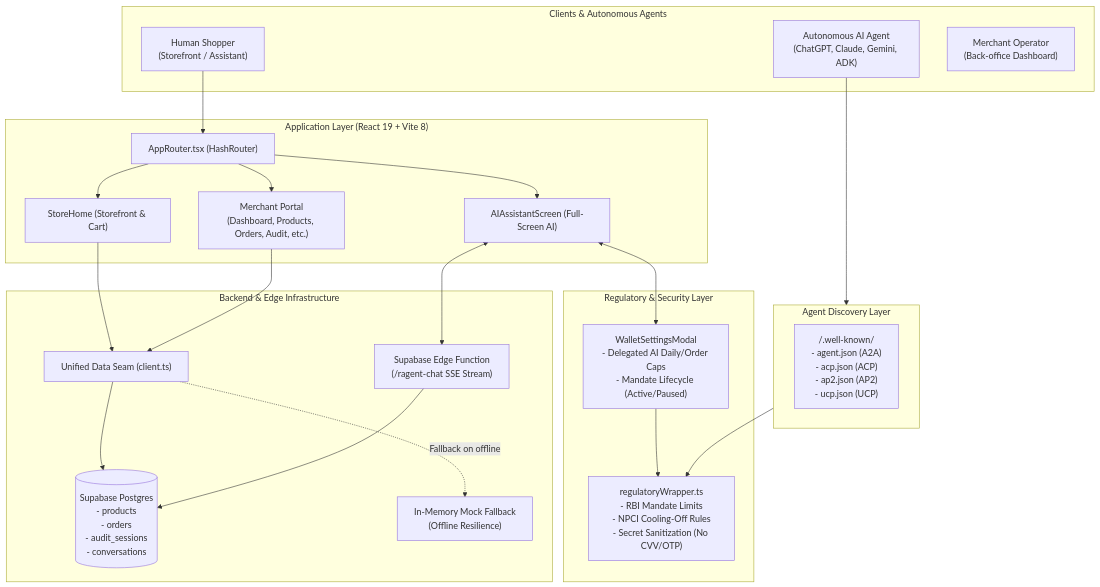
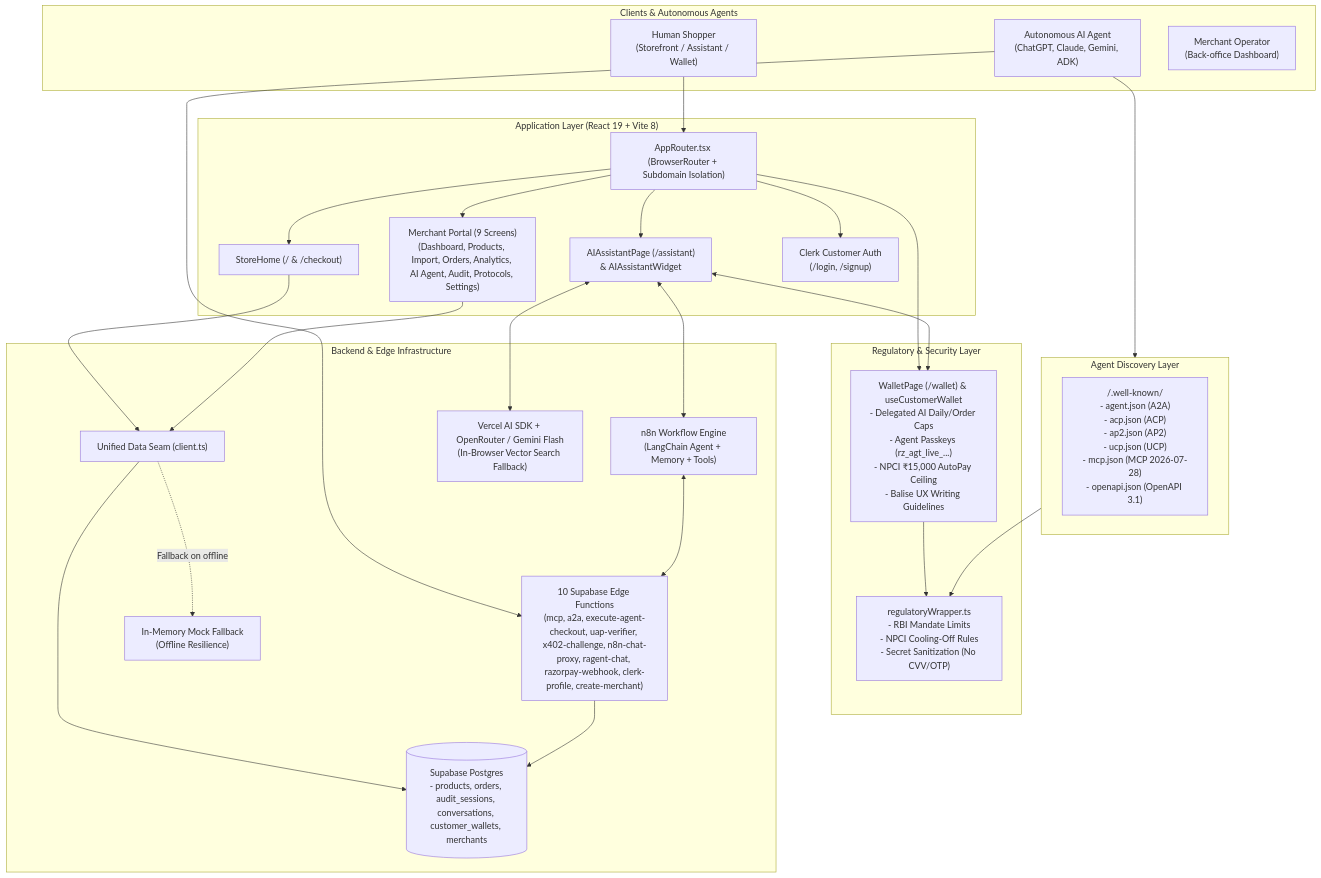
Before and after one commit to Hemalpawra/Razent: the first of 5 diagrams in README.md, drawn with Mermaid. The commit also changed other lines of this file and 2 other files, not shown here.

Commit message:
docs: update README, MCP cheat sheet, and integrations guide with modern architecture and 7 tools

````diff
--- a/README.md
+++ b/README.md
@@ -54,46 +56,54 @@
 ```mermaid
 flowchart TD
     subgraph Clients["Clients & Autonomous Agents"]
-        HumanCustomer["Human Shopper\n(Storefront / Assistant)"]
+        HumanCustomer["Human Shopper\n(Storefront / Assistant / Wallet)"]
         ExternalAgent["Autonomous AI Agent\n(ChatGPT, Claude, Gemini, ADK)"]
         MerchantUser["Merchant Operator\n(Back-office Dashboard)"]
     end
 
     subgraph Discovery["Agent Discovery Layer"]
-        WellKnown["/.well-known/\n- agent.json (A2A)\n- acp.json (ACP)\n- ap2.json (AP2)\n- ucp.json (UCP)"]
+        WellKnown["/.well-known/\n- agent.json (A2A)\n- acp.json (ACP)\n- ap2.json (AP2)\n- ucp.json (UCP)\n- mcp.json (MCP 2026-07-28)\n- openapi.json (OpenAPI 3.1)"]
     end
 
     subgraph Security["Regulatory & Security Layer"]
         RegWrapper["regulatoryWrapper.ts\n- RBI Mandate Limits\n- NPCI Cooling-Off Rules\n- Secret Sanitization (No CVV/OTP)"]
-        Wallet["WalletSettingsModal\n- Delegated AI Daily/Order Caps\n- Mandate Lifecycle (Active/Paused)"]
+        Wallet["WalletPage (/wallet) & useCustomerWallet\n- Delegated AI Daily/Order Caps\n- Agent Passkeys (rz_agt_live_...)\n- NPCI ₹15,000 AutoPay Ceiling\n- Balise UX Writing Guidelines"]
     end
 
     subgraph AppLayer["Application Layer (React 19 + Vite 8)"]
-        Router["AppRouter.tsx (HashRouter)"]
-        StoreHome["StoreHome (Storefront & Cart)"]
-        AIAssistant["AIAssistantScreen (Full-Screen AI)"]
-        MerchantPortal["Merchant Portal\n(Dashboard, Products, Orders, Audit, etc.)"]
+        Router["AppRouter.tsx (BrowserRouter + Subdomain Isolation)"]
+        StoreHome["StoreHome (/ & /checkout)"]
+        AIAssistant["AIAssistantPage (/assistant)\n& AIAssistantWidget"]
+        MerchantPortal["Merchant Portal (9 Screens)\n(Dashboard, Products, Import, Orders, Analytics, AI Agent, Audit, Protocols, Settings)"]
+        ClerkAuth["Clerk Customer Auth\n(/login, /signup)"]
     end
 
     subgraph Backend["Backend & Edge Infrastructure"]
         DataSeam["Unified Data Seam (client.ts)"]
-        EdgeFunction["Supabase Edge Function\n(/ragent-chat SSE Stream)"]
-        SupabaseDB[("Supabase Postgres\n- products\n- orders\n- audit_sessions\n- conversations")]
+        EdgeFunctions["10 Supabase Edge Functions\n(mcp, a2a, execute-agent-checkout, uap-verifier, x402-challenge, n8n-chat-proxy, ragent-chat, razorpay-webhook, clerk-profile, create-merchant)"]
+        N8nEngine["n8n Workflow Engine\n(LangChain Agent + Memory + Tools)"]
+        AISDKEngine["Vercel AI SDK + OpenRouter / Gemini Flash\n(In-Browser Vector Search Fallback)"]
+        SupabaseDB[("Supabase Postgres\n- products, orders, audit_sessions, conversations, customer_wallets, merchants")]
         MockFallback["In-Memory Mock Fallback\n(Offline Resilience)"]
     end
 
     HumanCustomer --> Router
     ExternalAgent --> Discovery
+    ExternalAgent --> EdgeFunctions
     Discovery --> RegWrapper
     Router --> StoreHome
     Router --> AIAssistant
+    Router --> Wallet
+    Router --> ClerkAuth
     Router --> MerchantPortal
-    AIAssistant <--> EdgeFunction
+    AIAssistant <--> N8nEngine
+    AIAssistant <--> AISDKEngine
+    N8nEngine <--> EdgeFunctions
     AIAssistant <--> Wallet
     Wallet --> RegWrapper
     StoreHome --> DataSeam
     MerchantPortal --> DataSeam
     DataSeam --> SupabaseDB
     DataSeam -.->|Fallback on offline| MockFallback
-    EdgeFunction --> SupabaseDB
+    EdgeFunctions --> SupabaseDB
 ```
````
